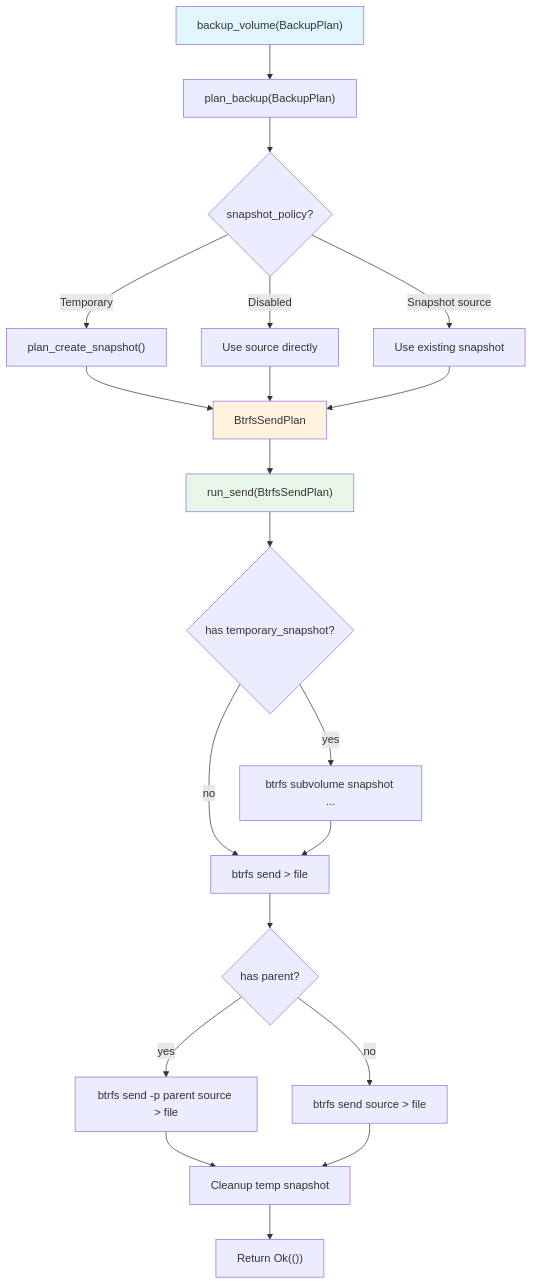
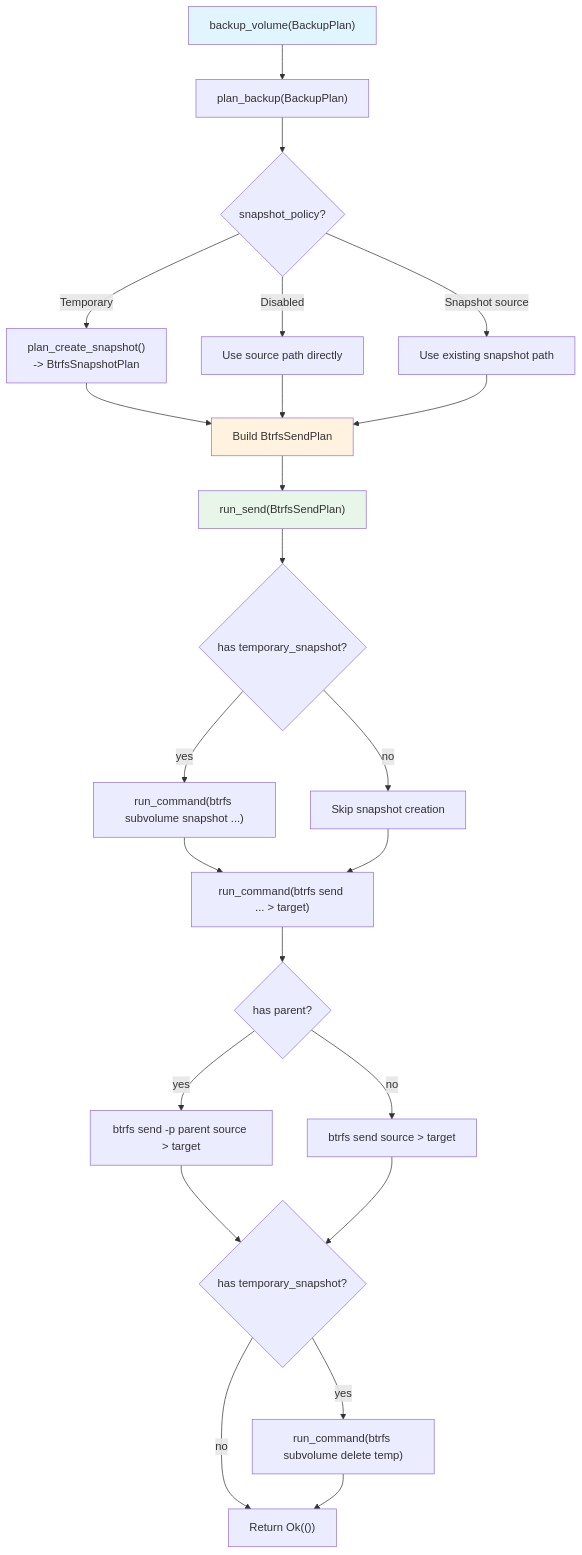
Before and after one commit to XUranus/vpt-rs: the fourth of 4 diagrams in wiki/docs/concepts/plans.md, drawn with Mermaid. The commit also changed other lines of this file and 52 other files, not shown here.

First line of the commit message:
Enhance wiki: mermaid rendering, detailed content, i18n (zh-Hans)

````diff
--- a/wiki/docs/concepts/plans.md
+++ b/wiki/docs/concepts/plans.md
@@ -187,26 +411,29 @@
 ```mermaid
 flowchart TD
     A["backup_volume(BackupPlan)"] --> B["plan_backup(BackupPlan)"]
     B --> C{snapshot_policy?}
-    C -->|Temporary| D["plan_create_snapshot()"]
-    C -->|Disabled| E["Use source directly"]
-    C -->|Snapshot source| F["Use existing snapshot"]
-    D --> G["BtrfsSendPlan"]
+    C -->|Temporary| D["plan_create_snapshot()<br/>-> BtrfsSnapshotPlan"]
+    C -->|Disabled| E["Use source path directly"]
+    C -->|Snapshot source| F["Use existing snapshot path"]
+    D --> G["Build BtrfsSendPlan"]
     E --> G
     F --> G
     G --> H["run_send(BtrfsSendPlan)"]
     H --> I{has temporary_snapshot?}
-    I -->|yes| J["btrfs subvolume snapshot ..."]
-    I -->|no| K["btrfs send > file"]
-    J --> K
-    K --> L{has parent?}
-    L -->|yes| M["btrfs send -p parent source > file"]
-    L -->|no| N["btrfs send source > file"]
-    M --> O["Cleanup temp snapshot"]
+    I -->|yes| J["run_command(btrfs subvolume snapshot ...)"]
+    I -->|no| K["Skip snapshot creation"]
+    J --> K2["run_command(btrfs send ... > target)"]
+    K --> K2
+    K2 --> L{has parent?}
+    L -->|yes| M["btrfs send -p parent source > target"]
+    L -->|no| N["btrfs send source > target"]
+    M --> O{has temporary_snapshot?}
     N --> O
-    O --> Q["Return Ok(())"]
+    O -->|yes| P["run_command(btrfs subvolume delete temp)"]
+    O -->|no| Q["Return Ok(())"]
+    P --> Q
 
     style A fill:#e1f5fe
     style G fill:#fff3e0
     style H fill:#e8f5e9
 ```
````
